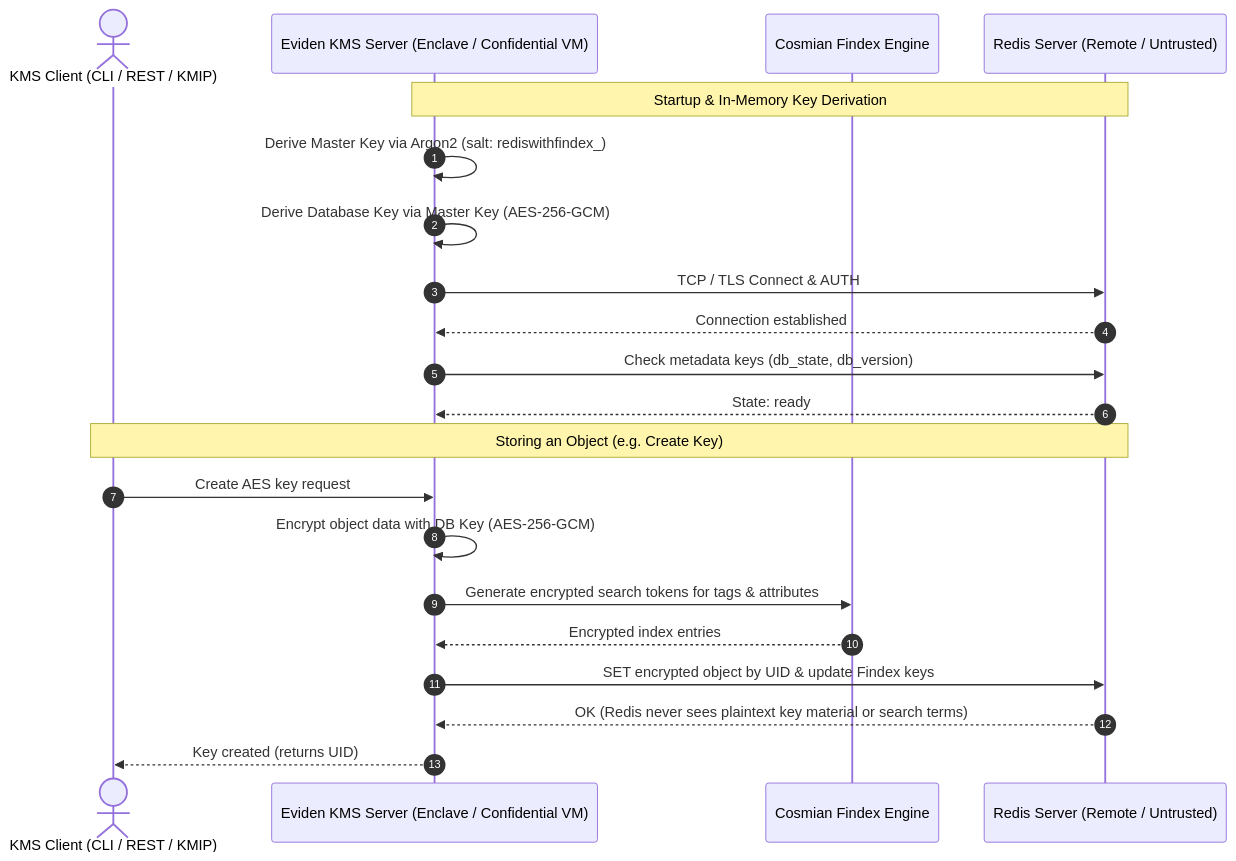
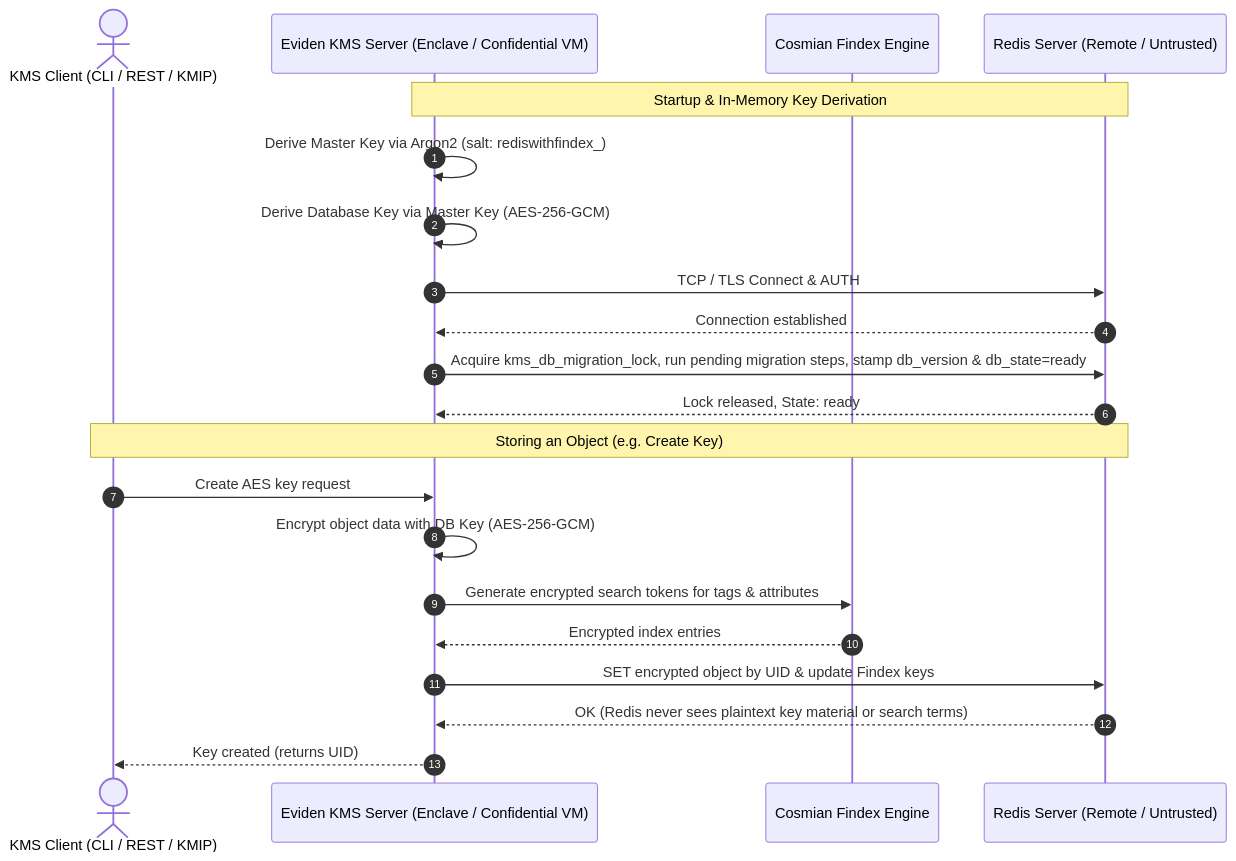
The diagram in documentation/docs/configuration/database/redis.md (Cosmian/kms), drawn with Mermaid before and after one commit. The commit also changed other lines of this file and 28 other files, not shown here.

Commit message:
feat(server_database): wire Redis-with-Findex into startup migration runner (#1270, #1272)

````diff
--- a/documentation/docs/configuration/database/redis.md
+++ b/documentation/docs/configuration/database/redis.md
@@ -72,25 +72,25 @@
 ```mermaid
 sequenceDiagram
     autonumber
     actor Client as KMS Client (CLI / REST / KMIP)
     participant KMS as Eviden KMS Server (Enclave / Confidential VM)
     participant Findex as Cosmian Findex Engine
     participant Redis as Redis Server (Remote / Untrusted)
 
     Note over KMS,Redis: Startup & In-Memory Key Derivation
     KMS->>KMS: Derive Master Key via Argon2 (salt: rediswithfindex_)
     KMS->>KMS: Derive Database Key via Master Key (AES-256-GCM)
     KMS->>Redis: TCP / TLS Connect & AUTH
     Redis-->>KMS: Connection established
-    KMS->>Redis: Check metadata keys (db_state, db_version)
-    Redis-->>KMS: State: ready
+    KMS->>Redis: Acquire kms_db_migration_lock, run pending migration steps, stamp db_version & db_state=ready
+    Redis-->>KMS: Lock released, State: ready
 
     Note over Client,Redis: Storing an Object (e.g. Create Key)
     Client->>KMS: Create AES key request
     KMS->>KMS: Encrypt object data with DB Key (AES-256-GCM)
     KMS->>Findex: Generate encrypted search tokens for tags & attributes
     Findex-->>KMS: Encrypted index entries
     KMS->>Redis: SET encrypted object by UID & update Findex keys
     Redis-->>KMS: OK (Redis never sees plaintext key material or search terms)
     KMS-->>Client: Key created (returns UID)
 ```
````
